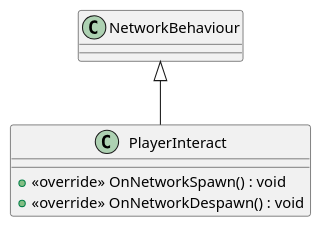
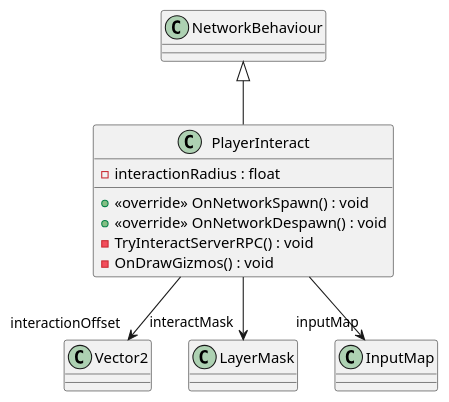
The diagram in UML/Player/PlayerInteract.puml (David-Denny/COMP3013-Team7), drawn with PlantUML before and after one commit. The commit also changed 49 other files, not shown here.

Commit message:
Generate UML (Generate UML)

```diff
--- a/UML/Player/PlayerInteract.puml
+++ b/UML/Player/PlayerInteract.puml
@@ -1,7 +1,13 @@
 @startuml
 class PlayerInteract {
+    - interactionRadius : float
     + <<override>> OnNetworkSpawn() : void
     + <<override>> OnNetworkDespawn() : void
+    - TryInteractServerRPC() : void
+    - OnDrawGizmos() : void
 }
 NetworkBehaviour <|-- PlayerInteract
+PlayerInteract --> "interactionOffset" Vector2
+PlayerInteract --> "interactMask" LayerMask
+PlayerInteract --> "inputMap" InputMap
 @enduml
```
